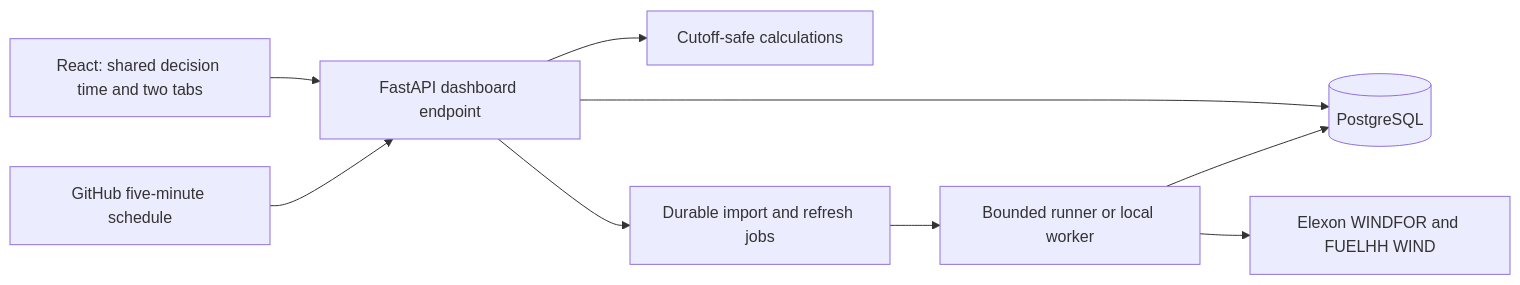
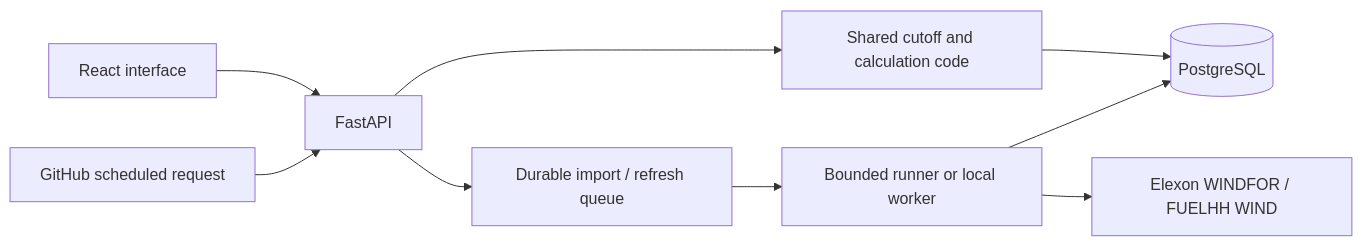
The diagram in README.md (Sakshampoply/axzttscjdz), drawn with Mermaid before and after one commit. The commit also changed other lines of this file and 16 other files, not shown here.

````diff
--- a/README.md
+++ b/README.md
@@ -96,11 +97,11 @@
 ```mermaid
 flowchart LR
-    UI[React: shared decision time and two tabs] --> API[FastAPI dashboard endpoint]
-    API --> DB[(PostgreSQL)]
-    API --> A[Cutoff-safe calculations]
-    API --> Q[Durable import and refresh jobs]
-    G[GitHub five-minute schedule] --> API
+    UI[React interface] --> API[FastAPI]
+    API --> C[Shared cutoff and calculation code]
+    C --> DB[(PostgreSQL)]
+    API --> Q[Durable import / refresh queue]
+    G[GitHub scheduled request] --> API
     Q --> W[Bounded runner or local worker]
-    W --> E[Elexon WINDFOR and FUELHH WIND]
+    W --> E[Elexon WINDFOR / FUELHH WIND]
     W --> DB
 ```
````
